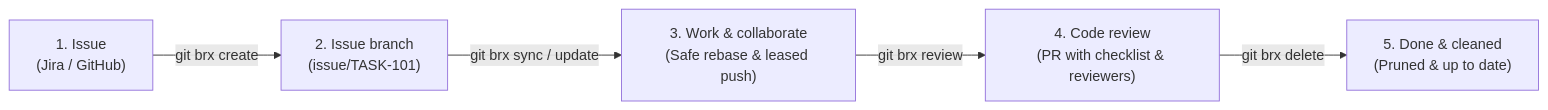
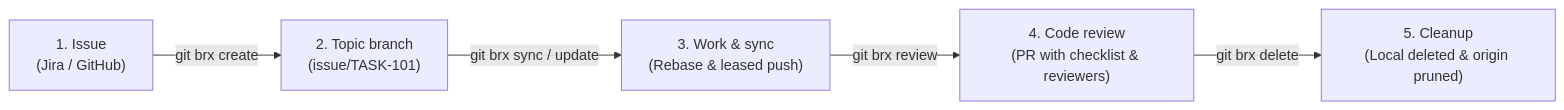
One commit to bvarnai/git-brx changed the diagram in README.md. Above: the diagram before and after it, drawn with Mermaid. The commit also changed other lines of this file and 13 other files, not shown here.

````diff
--- a/README.md
+++ b/README.md
@@ -66,7 +65,7 @@
 ```mermaid
 flowchart LR
-    A["1. Issue<br/>(Jira / GitHub)"] -->|"git brx create"| B["2. Issue branch<br/>(issue/TASK-101)"]
-    B -->|"git brx sync / update"| C["3. Work & collaborate<br/>(Safe rebase & leased push)"]
+    A["1. Issue<br/>(Jira / GitHub)"] -->|"git brx create"| B["2. Topic branch<br/>(issue/TASK-101)"]
+    B -->|"git brx sync / update"| C["3. Work & sync<br/>(Rebase & leased push)"]
     C -->|"git brx review"| D["4. Code review<br/>(PR with checklist & reviewers)"]
-    D -->|"git brx delete"| E["5. Done & cleaned<br/>(Pruned & up to date)"]
+    D -->|"git brx delete"| E["5. Cleanup<br/>(Local deleted & origin pruned)"]
 ```
````
